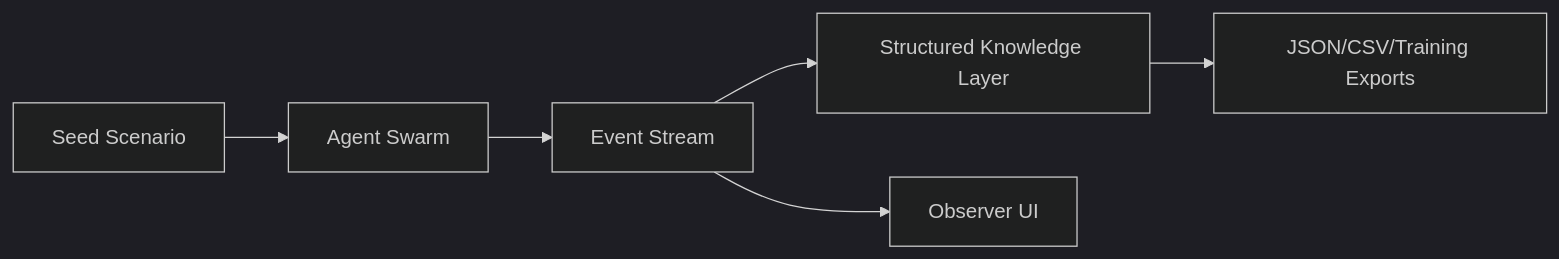
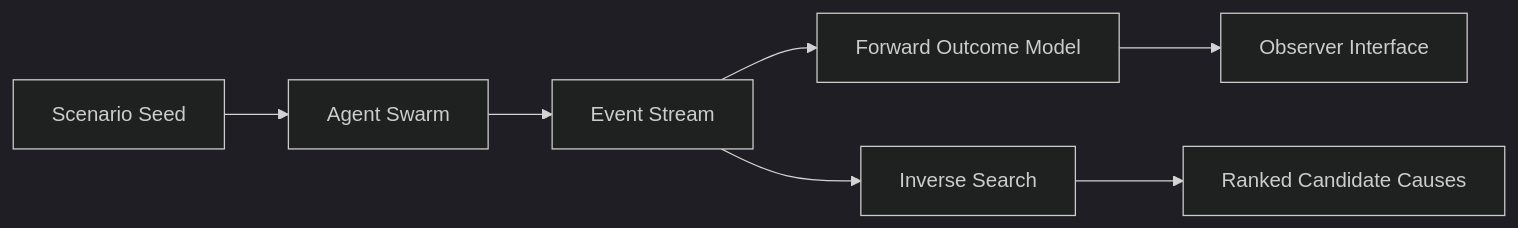
The diagram in README.md (MosslandOpenDevs/null), drawn with Mermaid (dark theme) before and after one commit. The commit also changed other lines of this file, not shown here.

````diff
--- a/README.md
+++ b/README.md
@@ -27,8 +34,9 @@
 ```mermaid
 flowchart LR
-  Seed[Seed Scenario] --> Swarm[Agent Swarm]
+  Seed[Scenario Seed] --> Swarm[Agent Swarm]
   Swarm --> Events[Event Stream]
-  Events --> Knowledge[Structured Knowledge Layer]
-  Events --> UI[Observer UI]
-  Knowledge --> Export[JSON/CSV/Training Exports]
+  Events --> Forward[Forward Outcome Model]
+  Events --> Inverse[Inverse Search]
+  Inverse --> Candidates[Ranked Candidate Causes]
+  Forward --> Observatory[Observer Interface]
 ```
````
